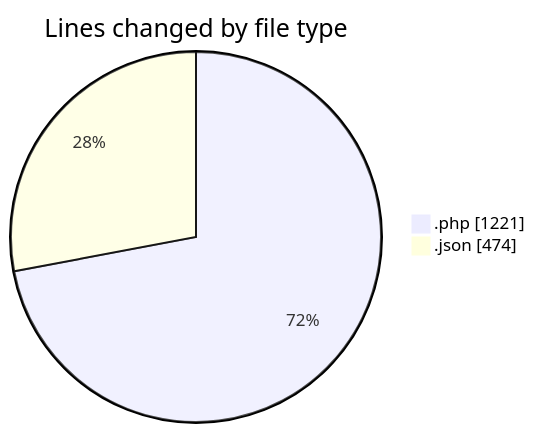
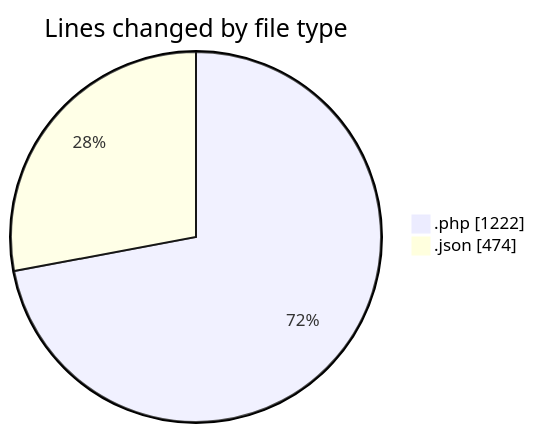
One commit to idhammustaqopulfikri/code-tracking changed the first of 2 diagrams in 2025-06-02/studio-backend/README.md. Above: the diagram before and after it, drawn with Mermaid. The commit also changed other lines of this file and 1 other file, not shown here.

````diff
--- a/2025-06-02/studio-backend/README.md
+++ b/2025-06-02/studio-backend/README.md
@@ -37,6 +37,6 @@
 ```mermaid
 pie showData
 title Lines changed by file type
-".php" : 1221
+".php" : 1222
 ".json" : 474
 ```
````
